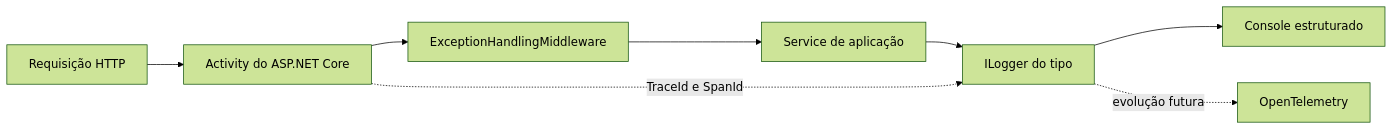
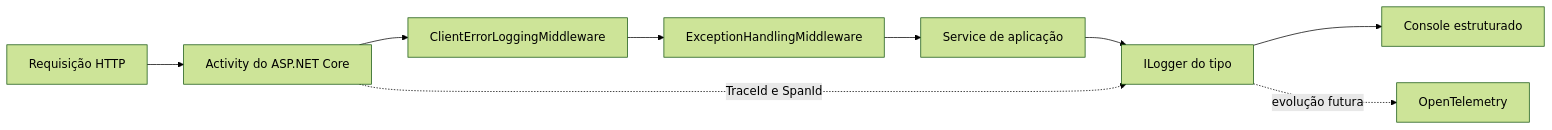
The diagram in docs/operations/logging-monitoring.md (MarinsPedro/Fiap), drawn with Mermaid (forest theme) before and after one commit. The commit also changed other lines of this file and 63 other files, not shown here.

````diff
--- a/docs/operations/logging-monitoring.md
+++ b/docs/operations/logging-monitoring.md
@@ -24,10 +24,11 @@
 ```mermaid
 flowchart LR
     HTTP[Requisição HTTP] --> Activity[Activity do ASP.NET Core]
-    Activity --> Middleware[ExceptionHandlingMiddleware]
-    Middleware --> Service[Service de aplicação]
+    Activity --> ClientErrors[ClientErrorLoggingMiddleware]
+    ClientErrors --> Exceptions[ExceptionHandlingMiddleware]
+    Exceptions --> Service[Service de aplicação]
     Service --> Logger[ILogger do tipo]
     Activity -. TraceId e SpanId .-> Logger
     Logger --> Console[Console estruturado]
     Logger -. evolução futura .-> OTEL[OpenTelemetry]
 ```
````
